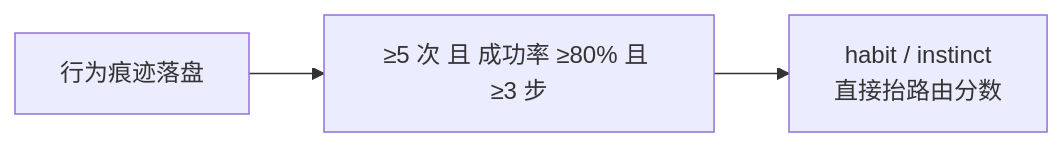
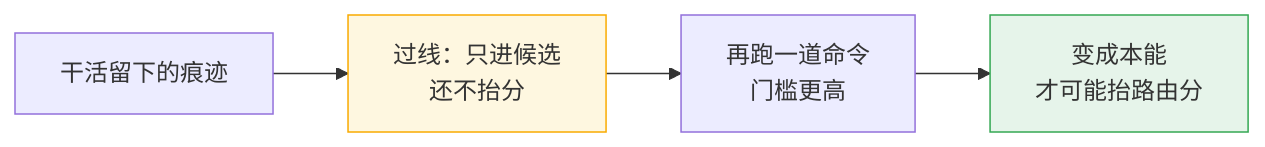
Before and after one commit to nehcuh/vibesop-py: the seventh of 8 diagrams in docs/skill-routing-explained.md, drawn with Mermaid. The commit also changed other lines of this file and 1 other file, not shown here.

````diff
--- a/docs/skill-routing-explained.md
+++ b/docs/skill-routing-explained.md
@@ -168,5 +248,8 @@
 ```mermaid
 flowchart LR
-    A["行为痕迹落盘"] --> B["≥5 次 且 成功率 ≥80% 且 ≥3 步"]
-    B --> C["habit / instinct<br/>直接抬路由分数"]
+    A["干活留下的痕迹"] --> B["过线：只进候选<br/>还不抬分"]
+    B --> C["再跑一道命令<br/>门槛更高"]
+    C --> D["变成本能<br/>才可能抬路由分"]
+    style B fill:#fef7e0,stroke:#f9ab00
+    style D fill:#e6f4ea,stroke:#34a853
 ```
````
